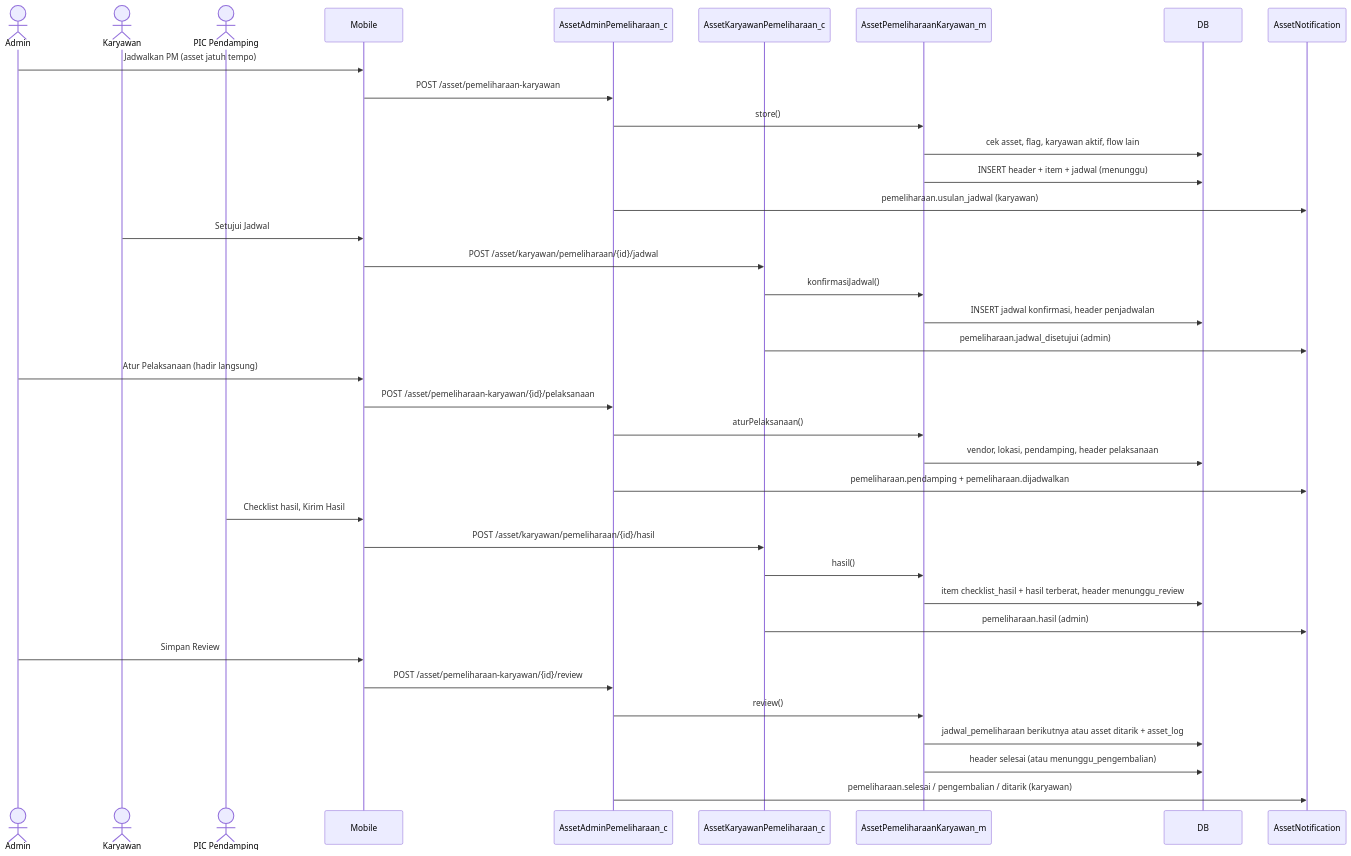
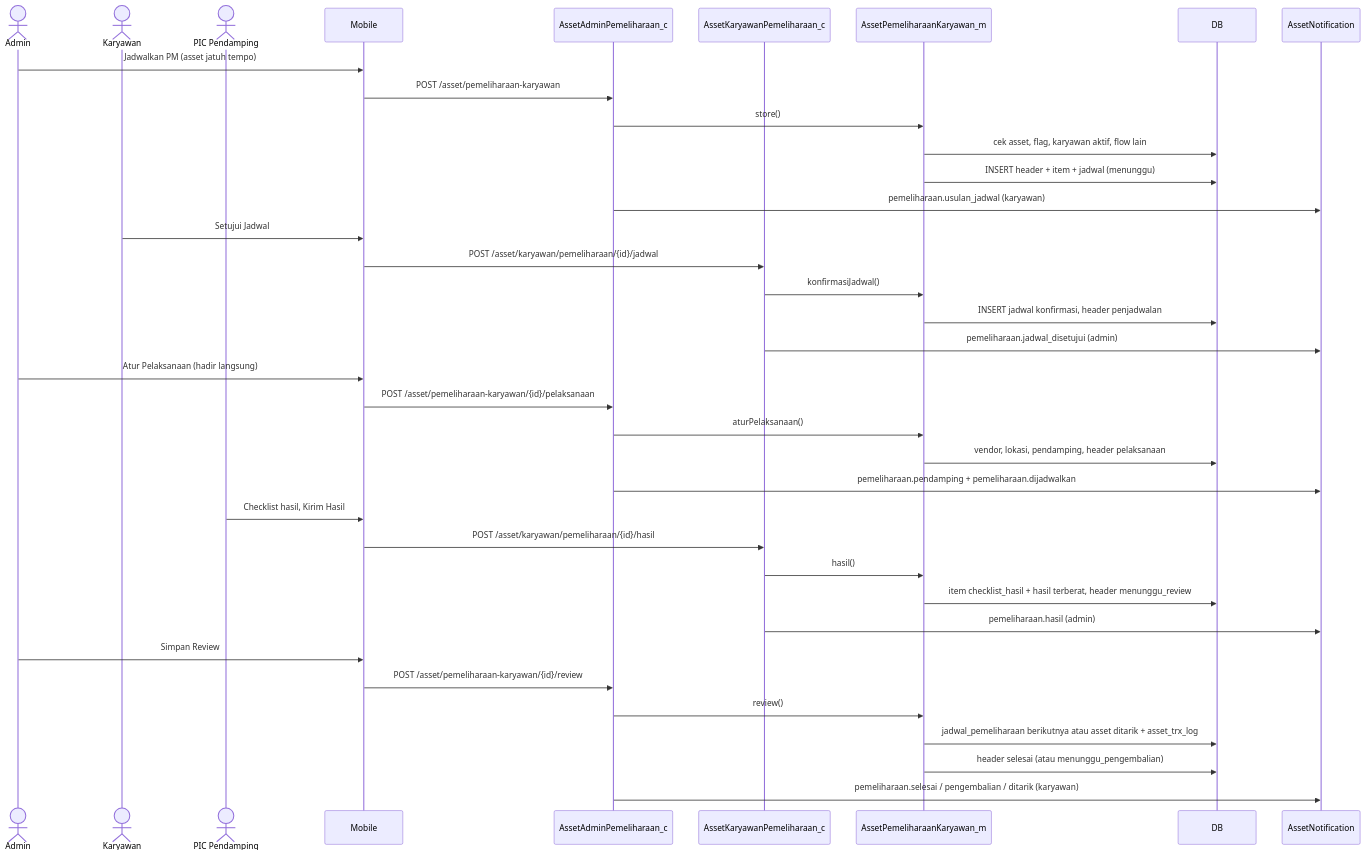
The second of 4 diagrams in dokumentasi-asset-pemeliharaan-karyawan.md (setiyawan12/DOKUMENTASI-ASSET), drawn with Mermaid before and after one commit. The commit also changed other lines of this file and 34 other files, not shown here.

````diff
--- a/dokumentasi-asset-pemeliharaan-karyawan.md
+++ b/dokumentasi-asset-pemeliharaan-karyawan.md
@@ -291,40 +291,40 @@
 ```mermaid
 sequenceDiagram
     actor A as Admin
     actor K as Karyawan
     actor P as PIC Pendamping
     participant M as Mobile
     participant CA as AssetAdminPemeliharaan_c
     participant CK as AssetKaryawanPemeliharaan_c
     participant PM as AssetPemeliharaanKaryawan_m
     participant DB
     participant N as AssetNotification
 
     A->>M: Jadwalkan PM (asset jatuh tempo)
     M->>CA: POST /asset/pemeliharaan-karyawan
     CA->>PM: store()
     PM->>DB: cek asset, flag, karyawan aktif, flow lain
     PM->>DB: INSERT header + item + jadwal (menunggu)
     CA->>N: pemeliharaan.usulan_jadwal (karyawan)
     K->>M: Setujui Jadwal
     M->>CK: POST /asset/karyawan/pemeliharaan/{id}/jadwal
     CK->>PM: konfirmasiJadwal()
     PM->>DB: INSERT jadwal konfirmasi, header penjadwalan
     CK->>N: pemeliharaan.jadwal_disetujui (admin)
     A->>M: Atur Pelaksanaan (hadir langsung)
     M->>CA: POST /asset/pemeliharaan-karyawan/{id}/pelaksanaan
     CA->>PM: aturPelaksanaan()
     PM->>DB: vendor, lokasi, pendamping, header pelaksanaan
     CA->>N: pemeliharaan.pendamping + pemeliharaan.dijadwalkan
     P->>M: Checklist hasil, Kirim Hasil
     M->>CK: POST /asset/karyawan/pemeliharaan/{id}/hasil
     CK->>PM: hasil()
     PM->>DB: item checklist_hasil + hasil terberat, header menunggu_review
     CK->>N: pemeliharaan.hasil (admin)
     A->>M: Simpan Review
     M->>CA: POST /asset/pemeliharaan-karyawan/{id}/review
     CA->>PM: review()
-    PM->>DB: jadwal_pemeliharaan berikutnya atau asset ditarik + asset_log
+    PM->>DB: jadwal_pemeliharaan berikutnya atau asset ditarik + asset_trx_log
     PM->>DB: header selesai (atau menunggu_pengembalian)
     CA->>N: pemeliharaan.selesai / pengembalian / ditarik (karyawan)
 ```
````
